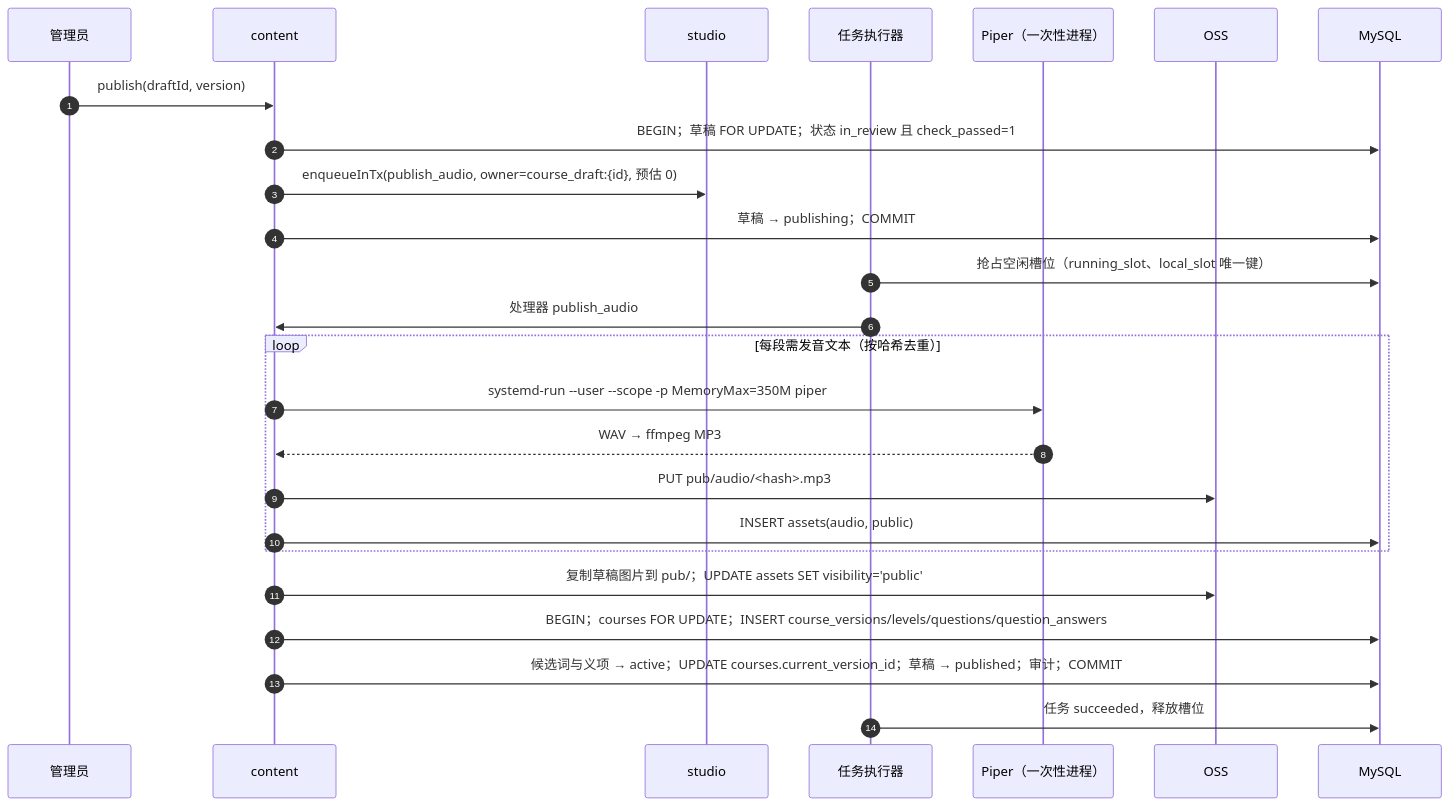
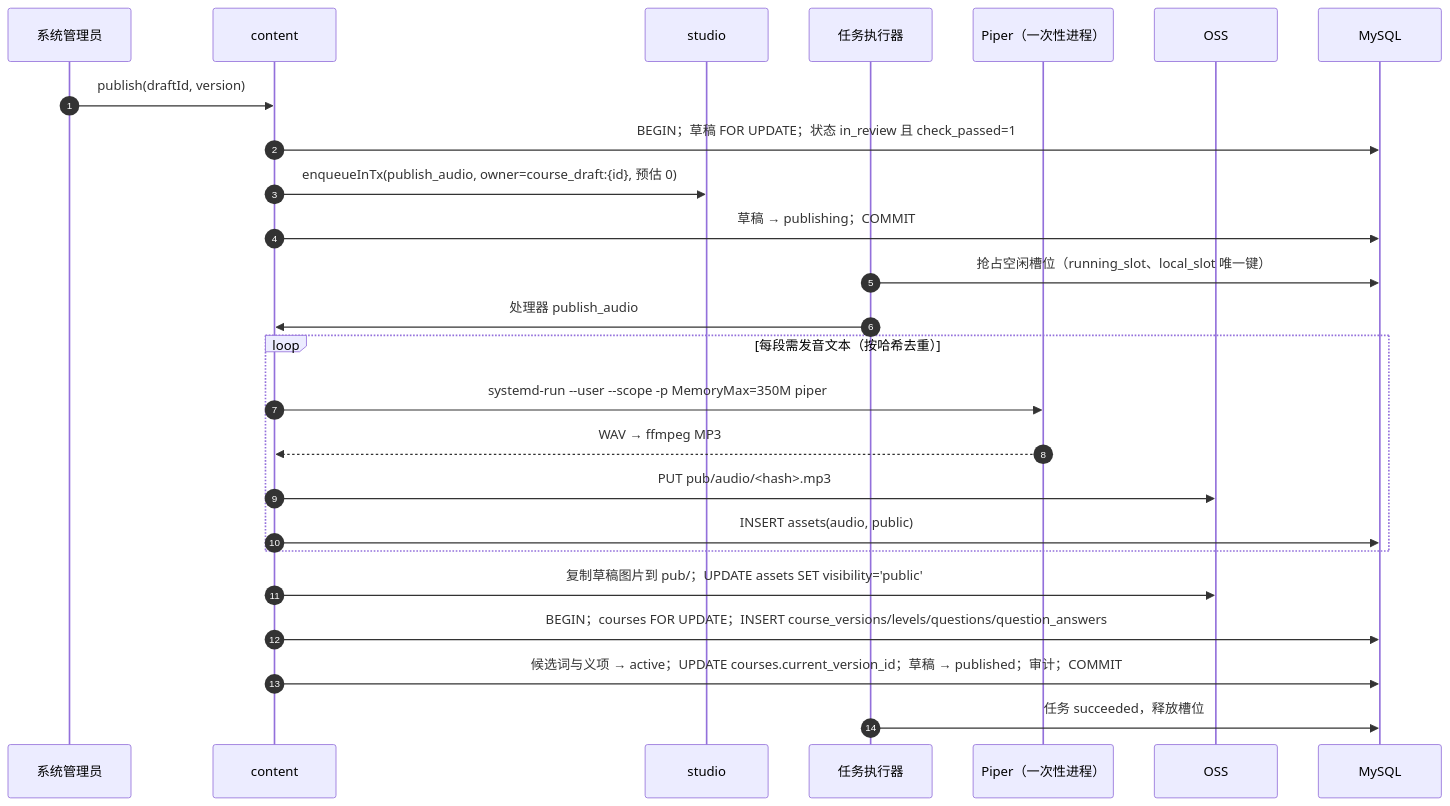
One commit to leomoon2016/xingya changed the diagram in docs/03-design/modules/content.md. Above: the diagram before and after it, drawn with Mermaid. The commit also changed other lines of this file and 61 other files, not shown here.

````diff
--- a/docs/03-design/modules/content.md
+++ b/docs/03-design/modules/content.md
@@ -54,27 +54,27 @@
 ```mermaid
 sequenceDiagram
   autonumber
-  participant A as 管理员
+  participant A as 系统管理员
   participant CO as content
   participant ST as studio
   participant W as 任务执行器
   participant P as Piper（一次性进程）
   participant OSS as OSS
   participant DB as MySQL
   A->>CO: publish(draftId, version)
   CO->>DB: BEGIN；草稿 FOR UPDATE；状态 in_review 且 check_passed=1
   CO->>ST: enqueueInTx(publish_audio, owner=course_draft:{id}, 预估 0)
   CO->>DB: 草稿 → publishing；COMMIT
   W->>DB: 抢占空闲槽位（running_slot、local_slot 唯一键）
   W->>CO: 处理器 publish_audio
   loop 每段需发音文本（按哈希去重）
     CO->>P: systemd-run --user --scope -p MemoryMax=350M piper
     P-->>CO: WAV → ffmpeg MP3
     CO->>OSS: PUT pub/audio/<hash>.mp3
     CO->>DB: INSERT assets(audio, public)
   end
   CO->>OSS: 复制草稿图片到 pub/；UPDATE assets SET visibility='public'
   CO->>DB: BEGIN；courses FOR UPDATE；INSERT course_versions/levels/questions/question_answers
   CO->>DB: 候选词与义项 → active；UPDATE courses.current_version_id；草稿 → published；审计；COMMIT
   W->>DB: 任务 succeeded，释放槽位
 ```
````
